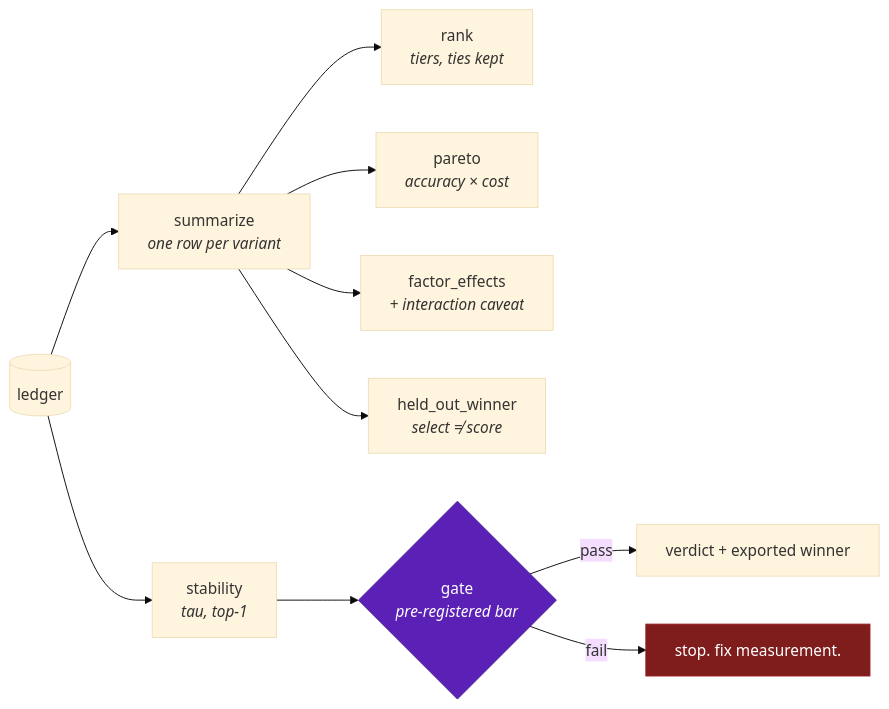
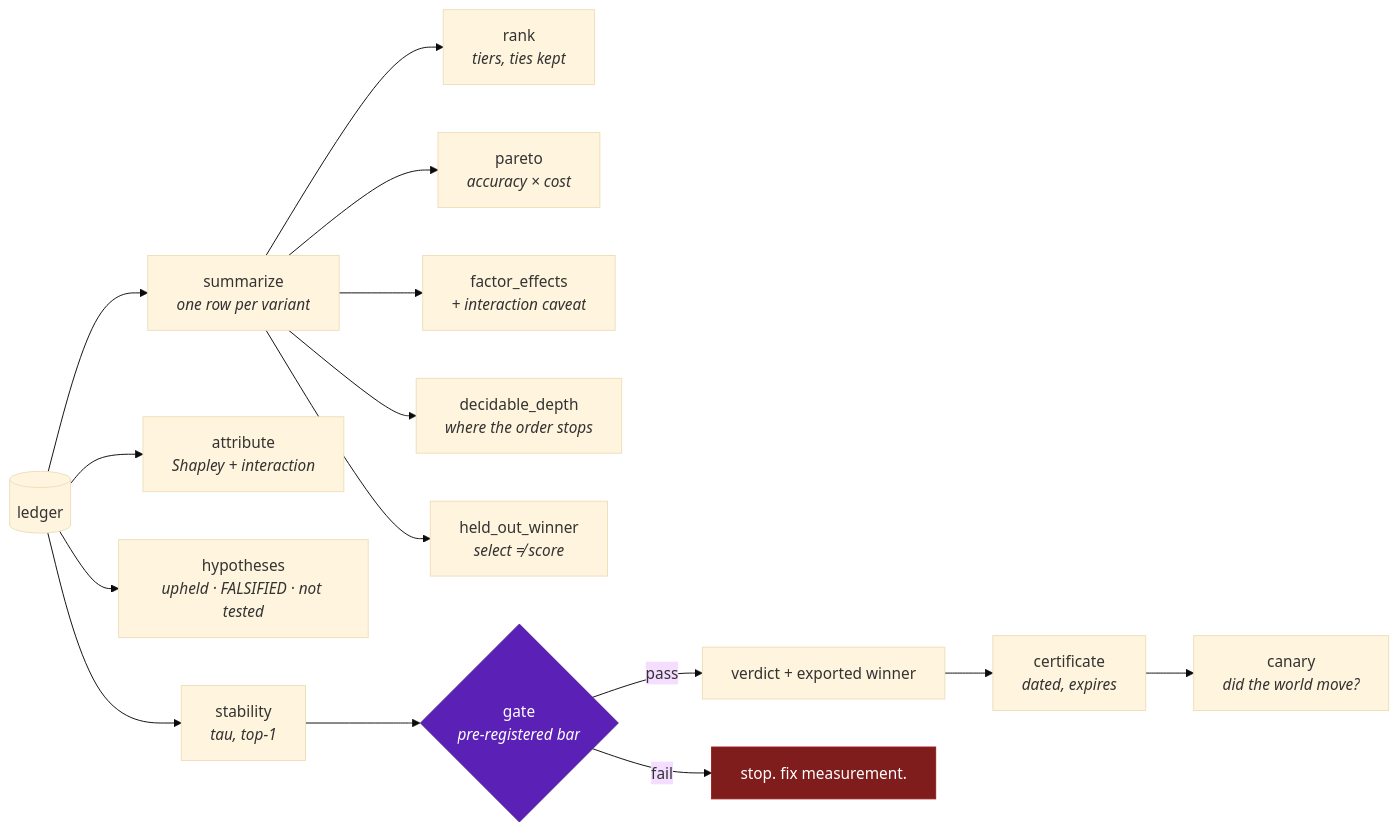
Before and after one commit to Mehul-Gupta-SMH/agent-gauntlet: the fourth of 5 diagrams in docs/architecture/hld.md, drawn with Mermaid (base theme). The commit also changed other lines of this file and 3 other files, not shown here.

````diff
--- a/docs/architecture/hld.md
+++ b/docs/architecture/hld.md
@@ -200,15 +220,19 @@
 ```mermaid
 flowchart LR
     L[("ledger")] --> S["summarize<br/><i>one row per variant</i>"]
     S --> R["rank<br/><i>tiers, ties kept</i>"]
     S --> P["pareto<br/><i>accuracy × cost</i>"]
     S --> FX["factor_effects<br/><i>+ interaction caveat</i>"]
+    S --> DD["decidable_depth<br/><i>where the order stops</i>"]
+    L --> AT["attribute<br/><i>Shapley + interaction</i>"]
+    L --> HY["hypotheses<br/><i>upheld · FALSIFIED · not tested</i>"]
     L --> ST["stability<br/><i>tau, top-1</i>"]
     ST --> G{"gate<br/><i>pre-registered bar</i>"}
     S --> HO["held_out_winner<br/><i>select ≠ score</i>"]
     G -->|pass| V["verdict + exported winner"]
     G -->|fail| STOP["stop. fix measurement."]
+    V --> C["certificate<br/><i>dated, expires</i>"] --> CN["canary<br/><i>did the world move?</i>"]
 
     style G fill:#5b21b6,stroke:#4c1d95,color:#fff
     style STOP fill:#7f1d1d,stroke:#991b1b,color:#fff
 ```
````
